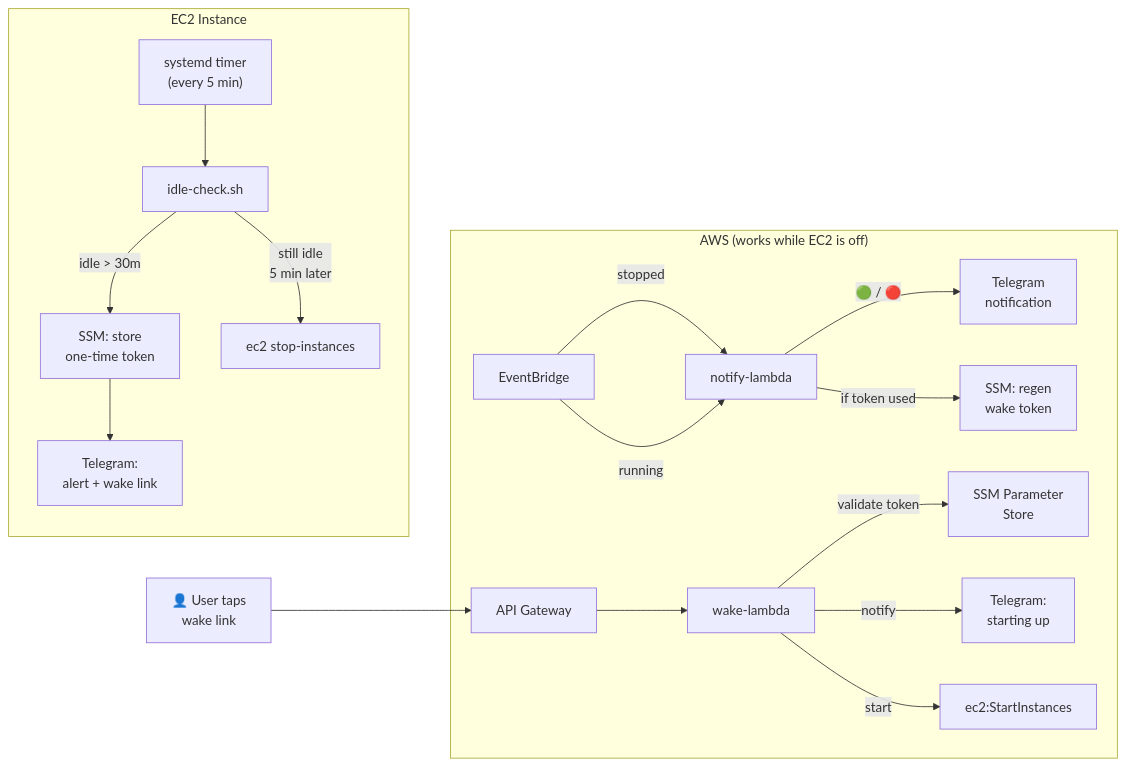
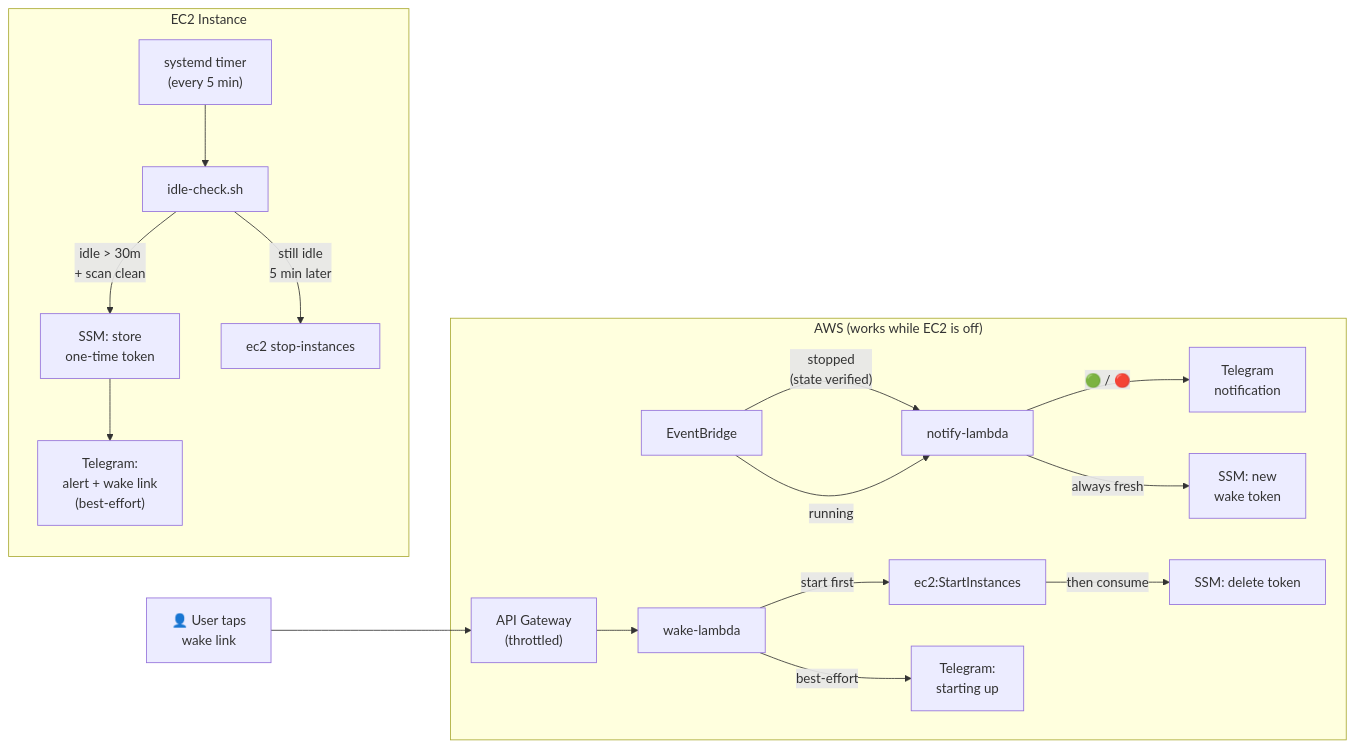
The diagram in bootstraps/optional/BOOTSTRAP-IDLE-SHUTDOWN.md (inceptionstack/loki-agent), drawn with Mermaid before and after one commit. The commit also changed other lines of this file, not shown here.

````diff
--- a/bootstraps/optional/BOOTSTRAP-IDLE-SHUTDOWN.md
+++ b/bootstraps/optional/BOOTSTRAP-IDLE-SHUTDOWN.md
@@ -5,22 +5,22 @@
 ```mermaid
 flowchart LR
     subgraph EC2["EC2 Instance"]
         Timer["systemd timer\n(every 5 min)"] --> Script["idle-check.sh"]
-        Script -->|"idle > 30m"| SSM_PUT["SSM: store\none-time token"]
-        SSM_PUT --> TG_ALERT["Telegram:\nalert + wake link"]
+        Script -->|"idle > 30m\n+ scan clean"| SSM_PUT["SSM: store\none-time token"]
+        SSM_PUT --> TG_ALERT["Telegram:\nalert + wake link\n(best-effort)"]
         Script -->|"still idle\n5 min later"| SHUTDOWN["ec2 stop-instances"]
     end
 
     subgraph AWS["AWS (works while EC2 is off)"]
-        EB["EventBridge"] -->|"stopped"| NotifyLambda["notify-lambda"]
+        EB["EventBridge"] -->|"stopped\n(state verified)"| NotifyLambda["notify-lambda"]
         EB -->|"running"| NotifyLambda
         NotifyLambda -->|"🟢 / 🔴"| TG_NOTIFY["Telegram\nnotification"]
-        NotifyLambda -->|"if token used"| SSM_REGEN["SSM: regen\nwake token"]
-        APIGW["API Gateway"] --> WakeLambda["wake-lambda"]
-        WakeLambda -->|"validate token"| SSM_GET["SSM Parameter\nStore"]
-        WakeLambda -->|"notify"| TG_WAKE["Telegram:\nstarting up"]
-        WakeLambda -->|"start"| EC2_START["ec2:StartInstances"]
+        NotifyLambda -->|"always fresh"| SSM_REGEN["SSM: new\nwake token"]
+        APIGW["API Gateway\n(throttled)"] --> WakeLambda["wake-lambda"]
+        WakeLambda -->|"start first"| EC2_START["ec2:StartInstances"]
+        EC2_START -->|"then consume"| SSM_DEL["SSM: delete token"]
+        WakeLambda -->|"best-effort"| TG_WAKE["Telegram:\nstarting up"]
     end
 
     User["👤 User taps\nwake link"] --> APIGW
 ```
````
